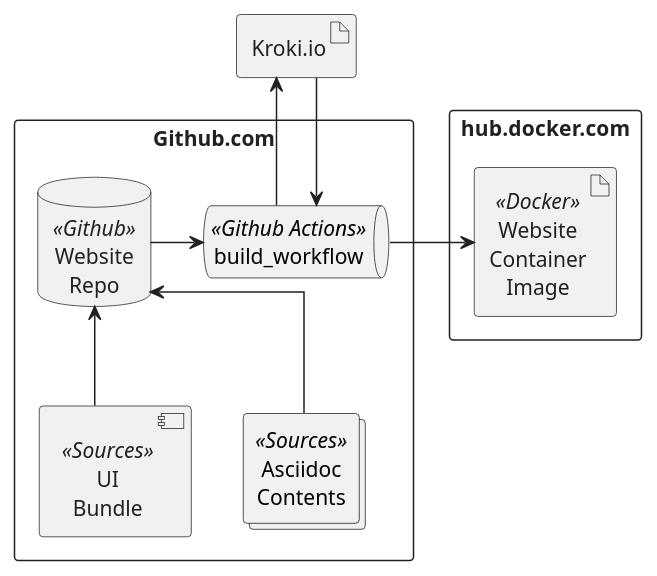
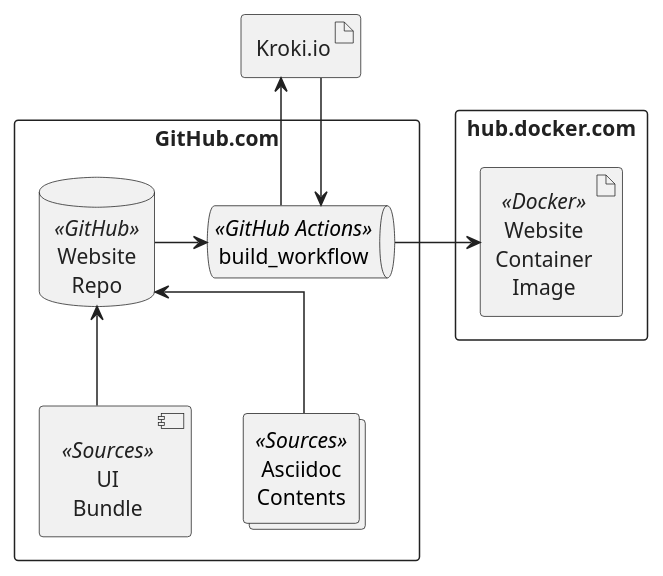
The diagram in docs/modules/arc42-docs/pages/05-building-block-view.adoc (sommerfeld-io/website), drawn with PlantUML before and after one commit. The commit also changed 23 other files, not shown here.

```diff
--- a/docs/modules/arc42-docs/pages/05-building-block-view.adoc
+++ b/docs/modules/arc42-docs/pages/05-building-block-view.adoc
@@ -7,62 +7,62 @@
 [plantuml, puml-build-image, svg]
 ----
 @startuml
 
 skinparam linetype ortho
 skinparam monochrome false
 skinparam componentStyle uml2
 skinparam backgroundColor transparent
 skinparam ArrowColor #212121
 skinparam NoteBorderColor #212121
 skinparam NoteFontColor #212121
 skinparam NoteBackgroundColor #fff
 skinparam ComponentBorderColor #212121
 skinparam ComponentFontColor #212121
 skinparam DatabaseBorderColor #212121
 skinparam DatabaseFontColor #212121
 skinparam FileBorderColor #212121
 skinparam FileFontColor #212121
 skinparam ControlBorderColor #212121
 skinparam ControlFontColor #212121
 skinparam RectangleBackgroundColor transparent
 skinparam RectangleBorderColor #212121
 skinparam RectangleFontColor #212121
 skinparam ControlBackgroundColor transparent
 skinparam ControlBorderColor #212121
 skinparam ControlFontColor #212121
 skinparam HexagonBackgroundColor transparent
 skinparam HexagonBorderColor #212121
 skinparam HexagonFontColor #212121
 skinparam ArtifactBorderColor #212121
 skinparam ArtifactFontColor #212121
 skinparam defaultTextAlignment center
 skinparam activity {
     'FontName Ubuntu
     FontName Roboto
 }
 
-rectangle github as "Github.com" {
-    database repo as "Website\nRepo" <<Github>>
+rectangle github as "GitHub.com" {
+    database repo as "Website\nRepo" <<GitHub>>
     component ui_bundle as "UI\nBundle" <<Sources>>
     collections adoc as "Asciidoc\nContents" <<Sources>>
 
     ui_bundle -up-> repo
     adoc -up-> repo
 
-    queue build_workflow <<Github Actions>>
+    queue build_workflow <<GitHub Actions>>
     repo -right-> build_workflow
 }
 
 rectangle dockerhub as "hub.docker.com" {
     artifact image as "Website\nContainer\nImage" <<Docker>>
 }
 
 build_workflow -right-> image
 
 artifact kroki as "Kroki.io"
 
 build_workflow -up-> kroki
 kroki -down-> build_workflow
 
 @enduml
 ----
```
